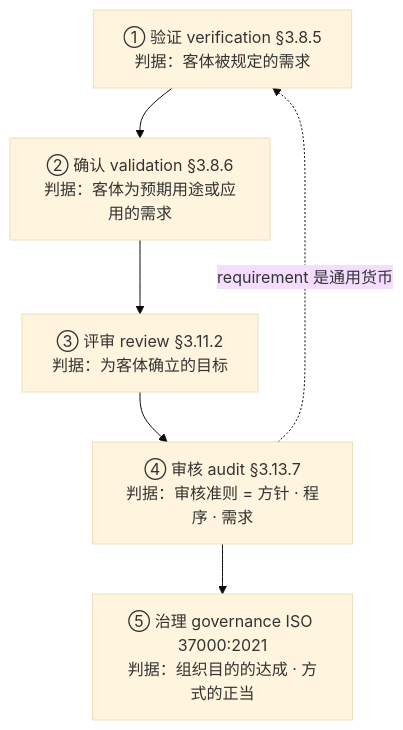
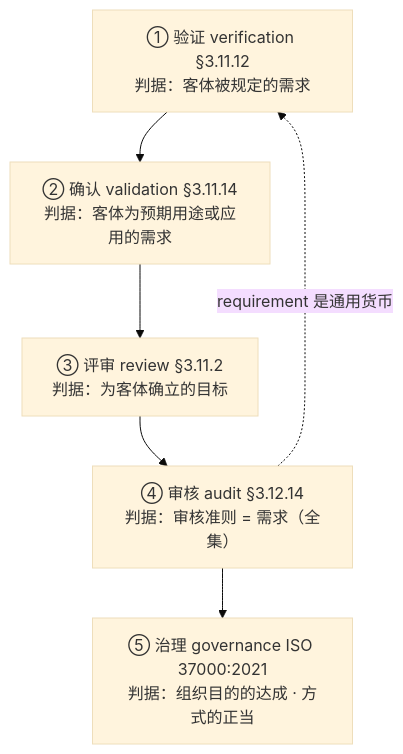
Before and after one commit to Yongjunzhou/AOS-system-design: the fifth of 14 diagrams in 100-subprojects/01-系统工程研究/00-系统工程相关研究报告/23-判据体系研究报告-从验证确认到治理的判据阶梯.md, drawn with Mermaid (base theme). The commit also changed other lines of this file and 38 other files, not shown here.

````diff
--- a/100-subprojects/01-系统工程研究/00-系统工程相关研究报告/23-判据体系研究报告-从验证确认到治理的判据阶梯.md
+++ b/100-subprojects/01-系统工程研究/00-系统工程相关研究报告/23-判据体系研究报告-从验证确认到治理的判据阶梯.md
@@ -366,10 +394,10 @@
 ```mermaid
 flowchart TD
-    A1["① 验证 verification §3.8.5<br/>判据：客体被规定的需求"]
-    A2["② 确认 validation §3.8.6<br/>判据：客体为预期用途或应用的需求"]
+    A1["① 验证 verification §3.11.12<br/>判据：客体被规定的需求"]
+    A2["② 确认 validation §3.11.14<br/>判据：客体为预期用途或应用的需求"]
     A3["③ 评审 review §3.11.2<br/>判据：为客体确立的目标"]
-    A4["④ 审核 audit §3.13.7<br/>判据：审核准则 = 方针 · 程序 · 需求"]
+    A4["④ 审核 audit §3.12.14<br/>判据：审核准则 = 需求（全集）"]
     A5["⑤ 治理 governance ISO 37000:2021<br/>判据：组织目的的达成 · 方式的正当"]
     A1 --> A2 --> A3 --> A4 --> A5
     A4 -.->|"requirement 是通用货币"| A1
 ```
````
